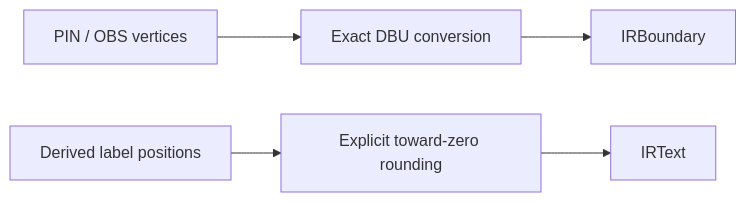
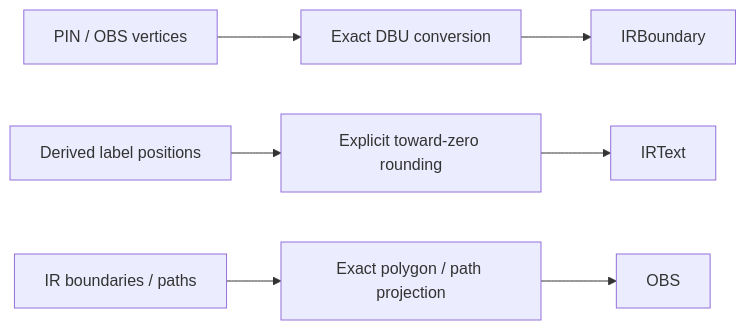
One commit to 1amageek/swift-mask-data changed the diagram in Sources/LEF/GeometryConversion/DESIGN.md. Above: the diagram before and after it, drawn with Mermaid. The commit also changed other lines of this file and 85 other files, not shown here.

````diff
--- a/Sources/LEF/GeometryConversion/DESIGN.md
+++ b/Sources/LEF/GeometryConversion/DESIGN.md
@@ -23,5 +23,6 @@
 ```mermaid
 flowchart LR
   Vertices[PIN / OBS vertices] --> Exact[Exact DBU conversion] --> Boundaries[IRBoundary]
   Positions[Derived label positions] --> Round[Explicit toward-zero rounding] --> Labels[IRText]
+  IRGeometry[IR boundaries / paths] --> Projection[Exact polygon / path projection] --> OBS
 ```
````
